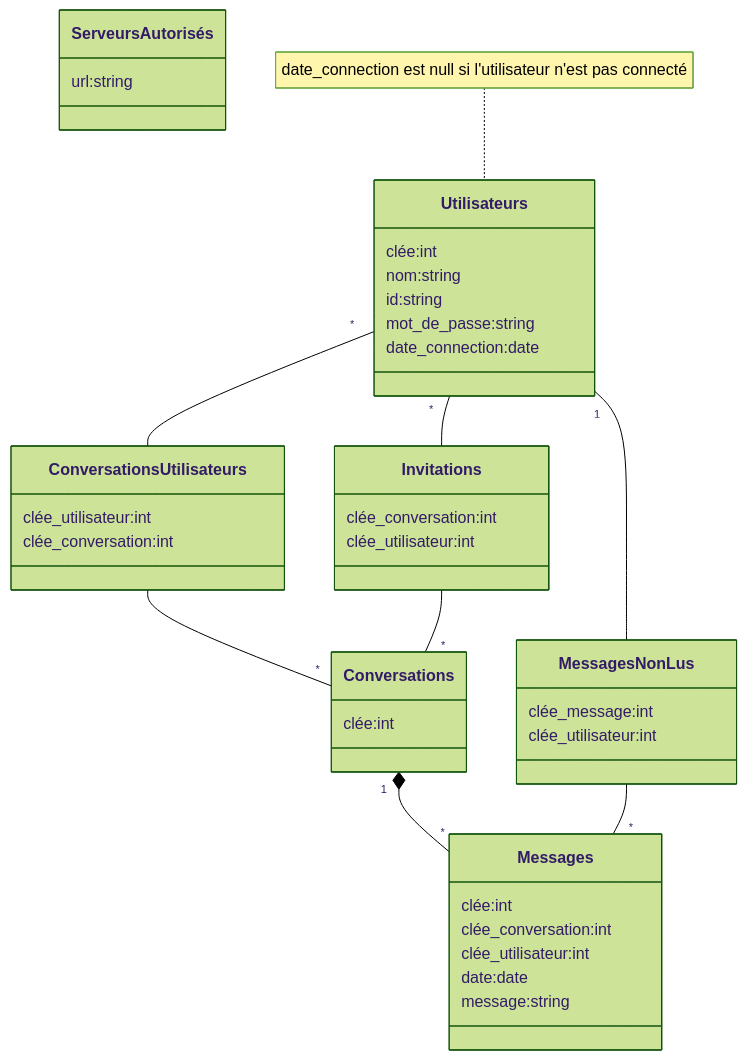
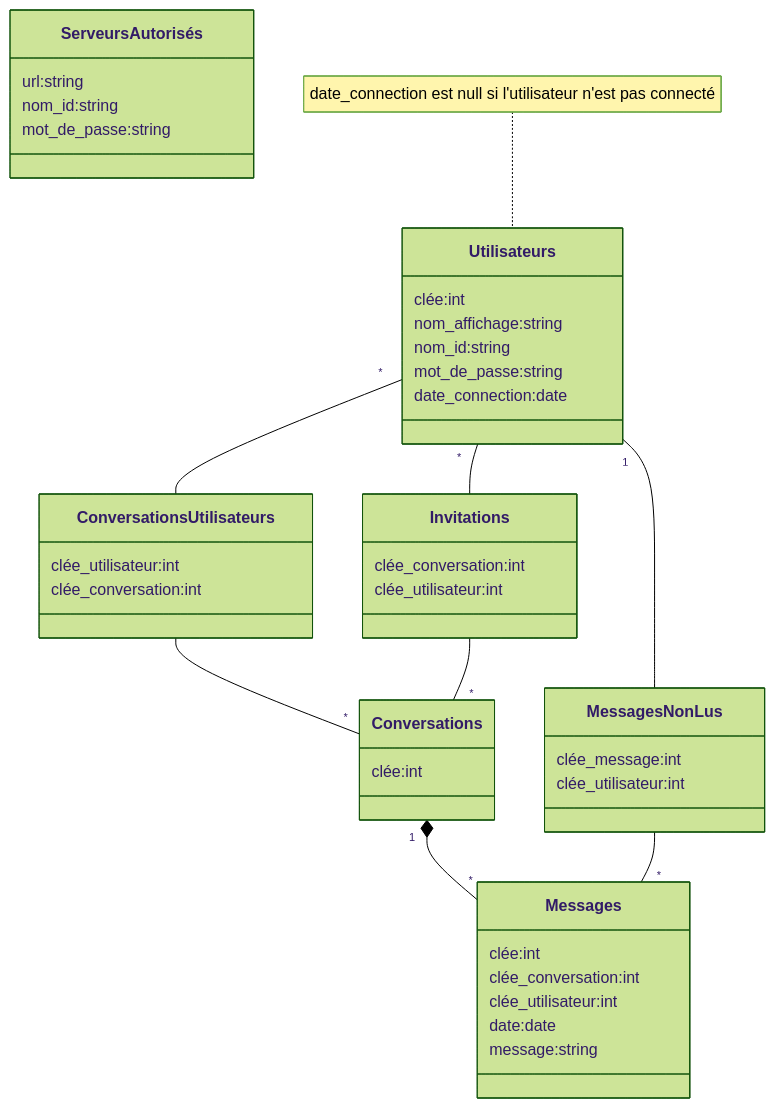
The fourth of 4 diagrams in README.md (gyoo18/messagery), drawn with Mermaid (forest theme) before and after one commit. The commit also changed other lines of this file and 17 other files, not shown here.

````diff
--- a/README.md
+++ b/README.md
@@ -154,50 +154,52 @@
 ```mermaid
 classDiagram
     note for Utilisateurs "date_connection est null si l'utilisateur n'est pas connecté"
     Utilisateurs "*"-- ConversationsUtilisateurs
     ConversationsUtilisateurs --"*" Conversations
     Conversations "1"*--"*" Messages
     Utilisateurs "1"-- MessagesNonLus
     MessagesNonLus --"*" Messages
     Utilisateurs "*"-- Invitations
     Invitations --"*" Conversations
 
     class Utilisateurs{
         clée:int
-        nom:string
-        id:string
+        nom_affichage:string
+        nom_id:string
         mot_de_passe:string
         date_connection:date
     }
 
     class ConversationsUtilisateurs{
         clée_utilisateur:int
         clée_conversation:int
     }
 
     class Conversations{
         clée:int
     }
 
     class Messages{
         clée:int
         clée_conversation:int
         clée_utilisateur:int
         date:date
         message:string
     }
 
     class MessagesNonLus{
         clée_message:int
         clée_utilisateur:int
     }
 
     class Invitations{
         clée_conversation:int
         clée_utilisateur:int
     }
 
     class ServeursAutorisés{
         url:string
+        nom_id:string
+        mot_de_passe:string
     }
 ```
````
